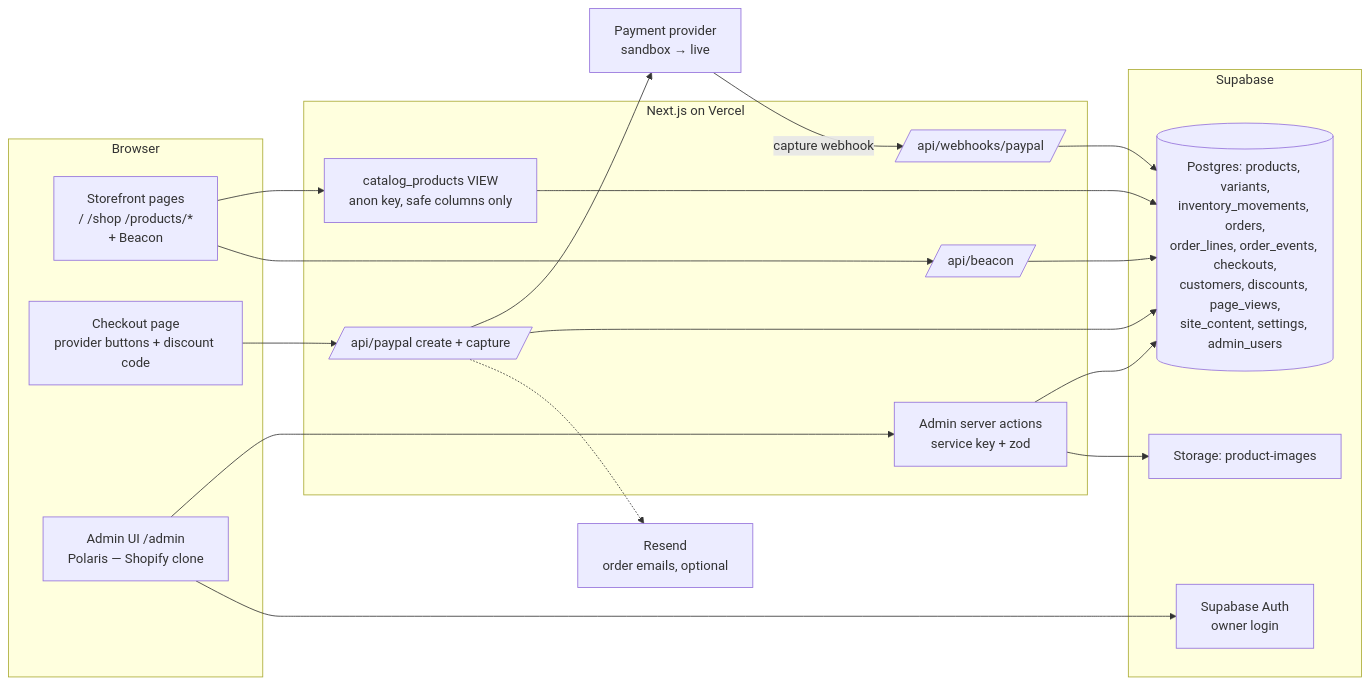
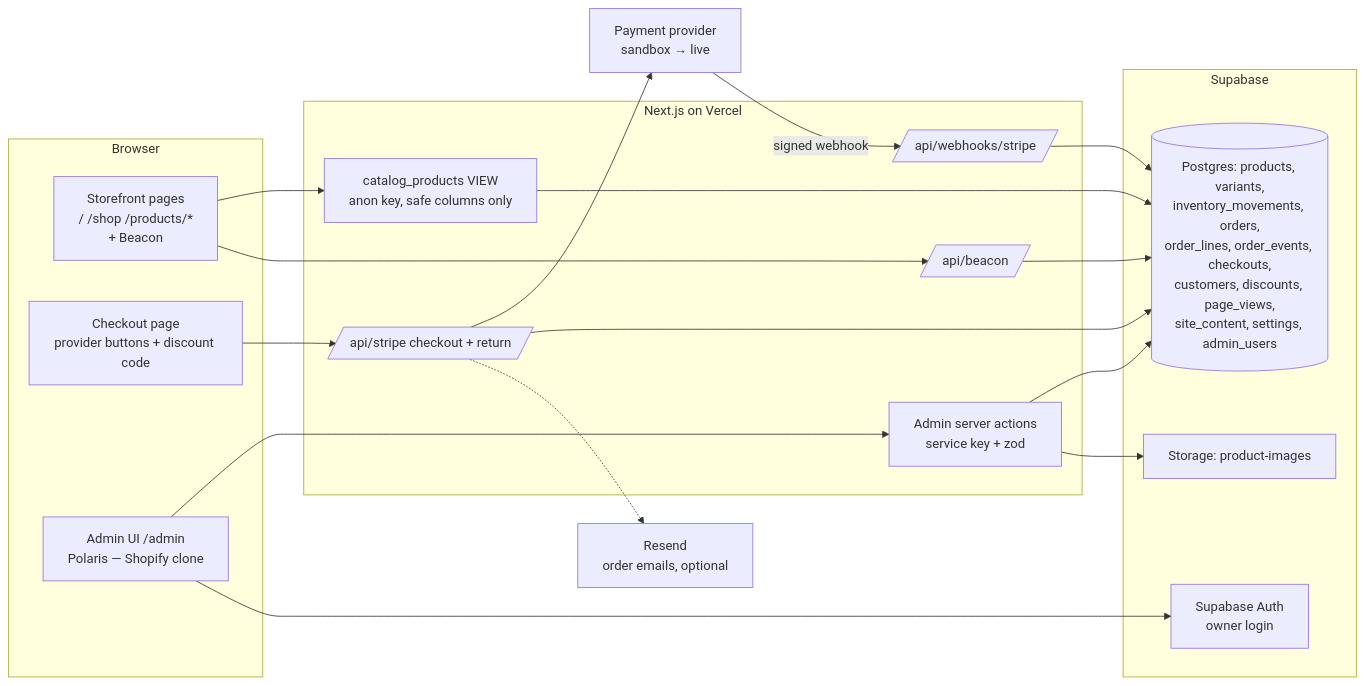
Before and after one commit to CharlesChi715/goldrose-storefront: the first of 2 diagrams in docs/admin-design.md, drawn with Mermaid. The commit also changed other lines of this file and 16 other files, not shown here.

````diff
--- a/docs/admin-design.md
+++ b/docs/admin-design.md
@@ -263,32 +262,32 @@
 ```mermaid
 flowchart LR
   subgraph Browser
     SF[Storefront pages<br/>/ /shop /products/*<br/>+ Beacon]
     CO[Checkout page<br/>provider buttons + discount code]
     AD[Admin UI /admin<br/>Polaris — Shopify clone]
   end
   subgraph Vercel["Next.js on Vercel"]
     VIEW[catalog_products VIEW<br/>anon key, safe columns only]
     SA[Admin server actions<br/>service key + zod]
-    PPA[/api/paypal create + capture/]
+    PPA[/api/stripe checkout + return/]
     BE[/api/beacon/]
-    WH[/api/webhooks/paypal/]
+    WH[/api/webhooks/stripe/]
   end
   subgraph Supabase
     DB[(Postgres: products, variants,<br/>inventory_movements, orders,<br/>order_lines, order_events, checkouts,<br/>customers, discounts, page_views,<br/>site_content, settings, admin_users)]
     AUTH[Supabase Auth<br/>owner login]
     STOR[Storage: product-images]
   end
   PP[Payment provider<br/>sandbox → live]
   EM[Resend<br/>order emails, optional]
 
   SF --> VIEW --> DB
   SF --> BE --> DB
   CO --> PPA --> PP
-  PP -->|capture webhook| WH --> DB
+  PP -->|signed webhook| WH --> DB
   PPA --> DB
   PPA -.-> EM
   AD --> SA --> DB
   AD --> AUTH
   SA --> STOR
 ```
````
